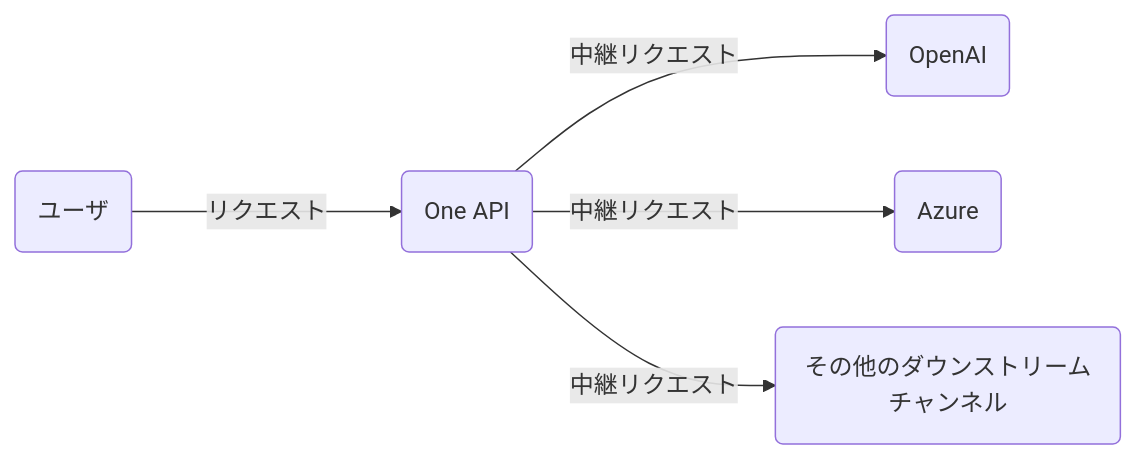
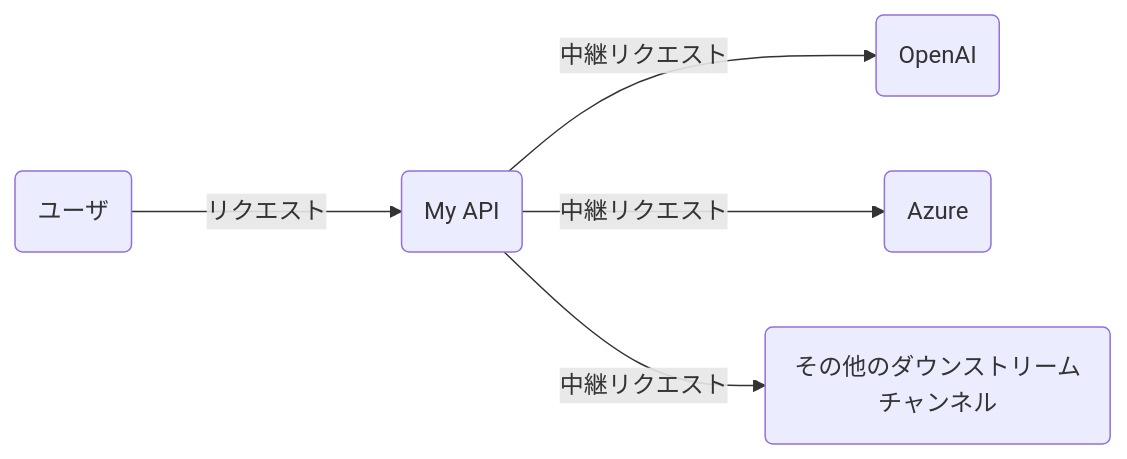
The diagram in README.ja.md (pai801/myapi), drawn with Mermaid before and after one commit. The commit also changed other lines of this file and 176 other files, not shown here.

````diff
--- a/README.ja.md
+++ b/README.ja.md
@@ -215,8 +159,8 @@
 ```mermaid
 graph LR
     A(ユーザ)
-    A --->|リクエスト| B(One API)
+    A --->|リクエスト| B(My API)
     B -->|中継リクエスト| C(OpenAI)
     B -->|中継リクエスト| D(Azure)
     B -->|中継リクエスト| E(その他のダウンストリームチャンネル)
 ```
````
